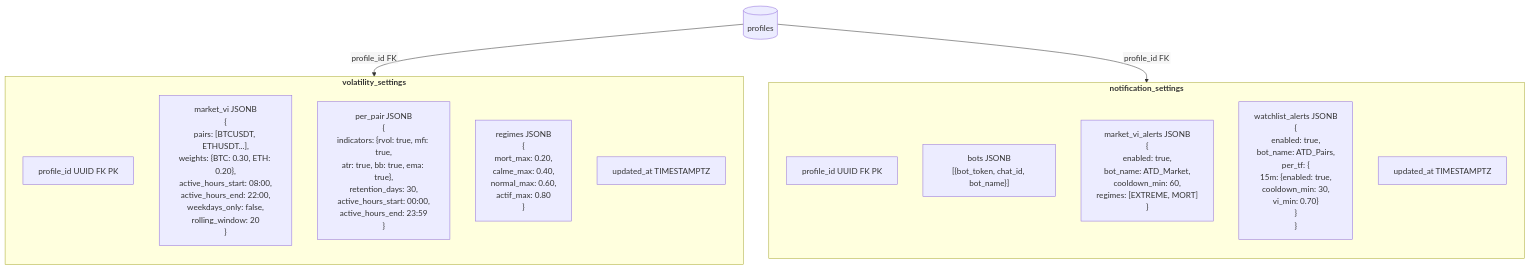
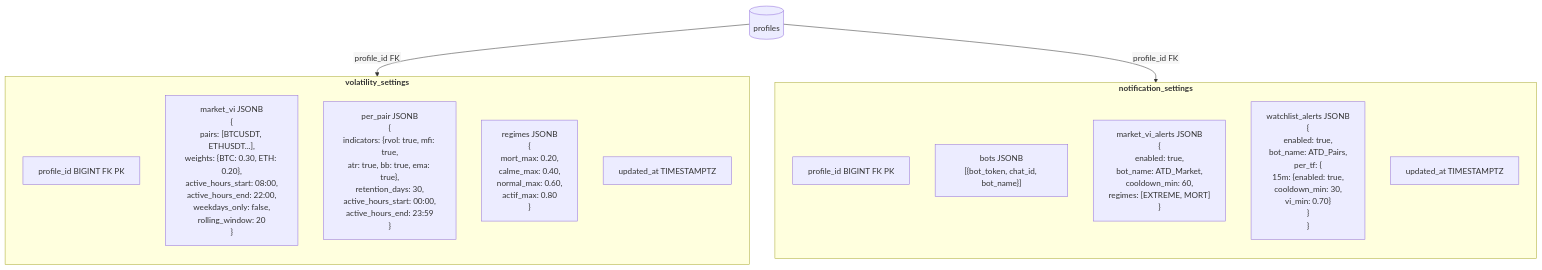
The fifth of 6 diagrams in docs/architecture/diagrams/06-phase2-database-schema.md (lyoubimr/AlphaTradingDesk), drawn with Mermaid before and after one commit. The commit also changed 1 other file, not shown here.

Commit message:
db: P2-2 — Phase 2 migration (TimescaleDB ext + 6 volatility tables + hypertables)

````diff
--- a/docs/architecture/diagrams/06-phase2-database-schema.md
+++ b/docs/architecture/diagrams/06-phase2-database-schema.md
@@ -182,62 +182,62 @@
 ```mermaid
 %%{init: {"flowchart": {"htmlLabels": false}} }%%
 flowchart TD
     subgraph VCFG["`**volatility_settings**`"]
         direction TB
-        vk1["`profile_id UUID FK PK`"]
+        vk1["`profile_id BIGINT FK PK`"]
         vk2["`market_vi JSONB
         {
           pairs: [BTCUSDT, ETHUSDT...],
           weights: {BTC: 0.30, ETH: 0.20},
           active_hours_start: 08:00,
           active_hours_end: 22:00,
           weekdays_only: false,
           rolling_window: 20
         }`"]
         vk3["`per_pair JSONB
         {
           indicators: {rvol: true, mfi: true,
                        atr: true, bb: true, ema: true},
           retention_days: 30,
           active_hours_start: 00:00,
           active_hours_end: 23:59
         }`"]
         vk4["`regimes JSONB
         {
           mort_max: 0.20,
           calme_max: 0.40,
           normal_max: 0.60,
           actif_max: 0.80
         }`"]
         vk5["`updated_at TIMESTAMPTZ`"]
     end
 
     subgraph NCFG["`**notification_settings**`"]
         direction TB
-        nk1["`profile_id UUID FK PK`"]
+        nk1["`profile_id BIGINT FK PK`"]
         nk2["`bots JSONB
         [{bot_token, chat_id, bot_name}]`"]
         nk3["`market_vi_alerts JSONB
         {
           enabled: true,
           bot_name: ATD_Market,
           cooldown_min: 60,
           regimes: [EXTREME, MORT]
         }`"]
         nk4["`watchlist_alerts JSONB
         {
           enabled: true,
           bot_name: ATD_Pairs,
           per_tf: {
             15m: {enabled: true,
                   cooldown_min: 30,
                   vi_min: 0.70}
           }
         }`"]
         nk5["`updated_at TIMESTAMPTZ`"]
     end
 
     profiles_ref[("profiles")]
     profiles_ref -->|profile_id FK| VCFG
     profiles_ref -->|profile_id FK| NCFG
 ```
````
